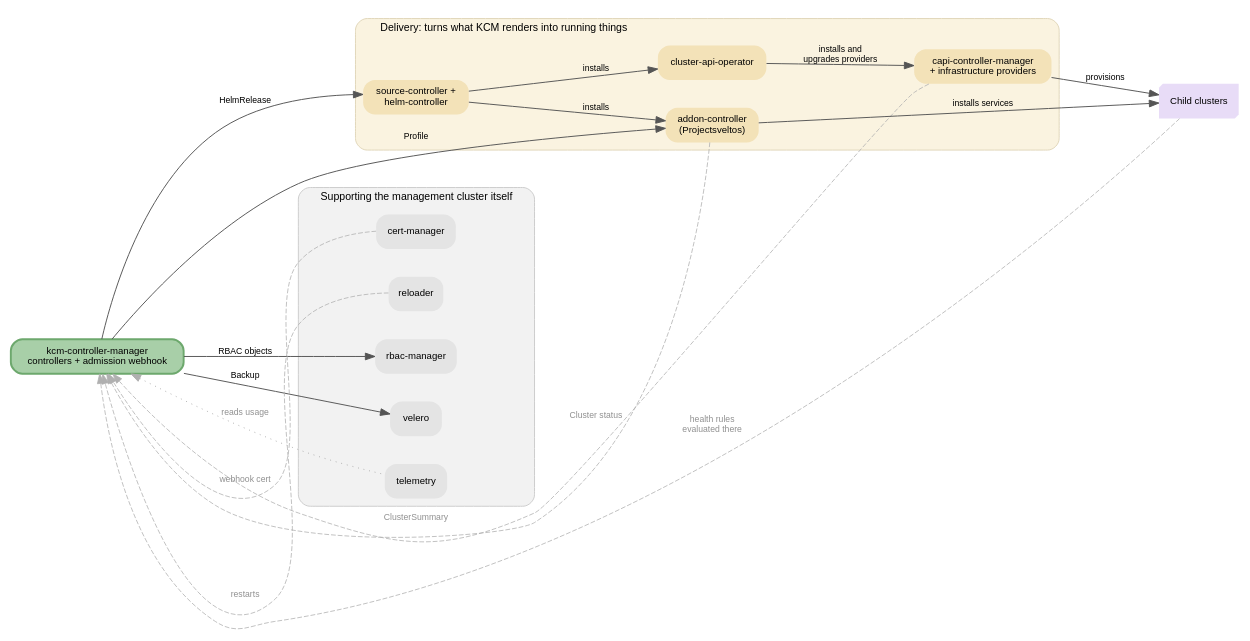
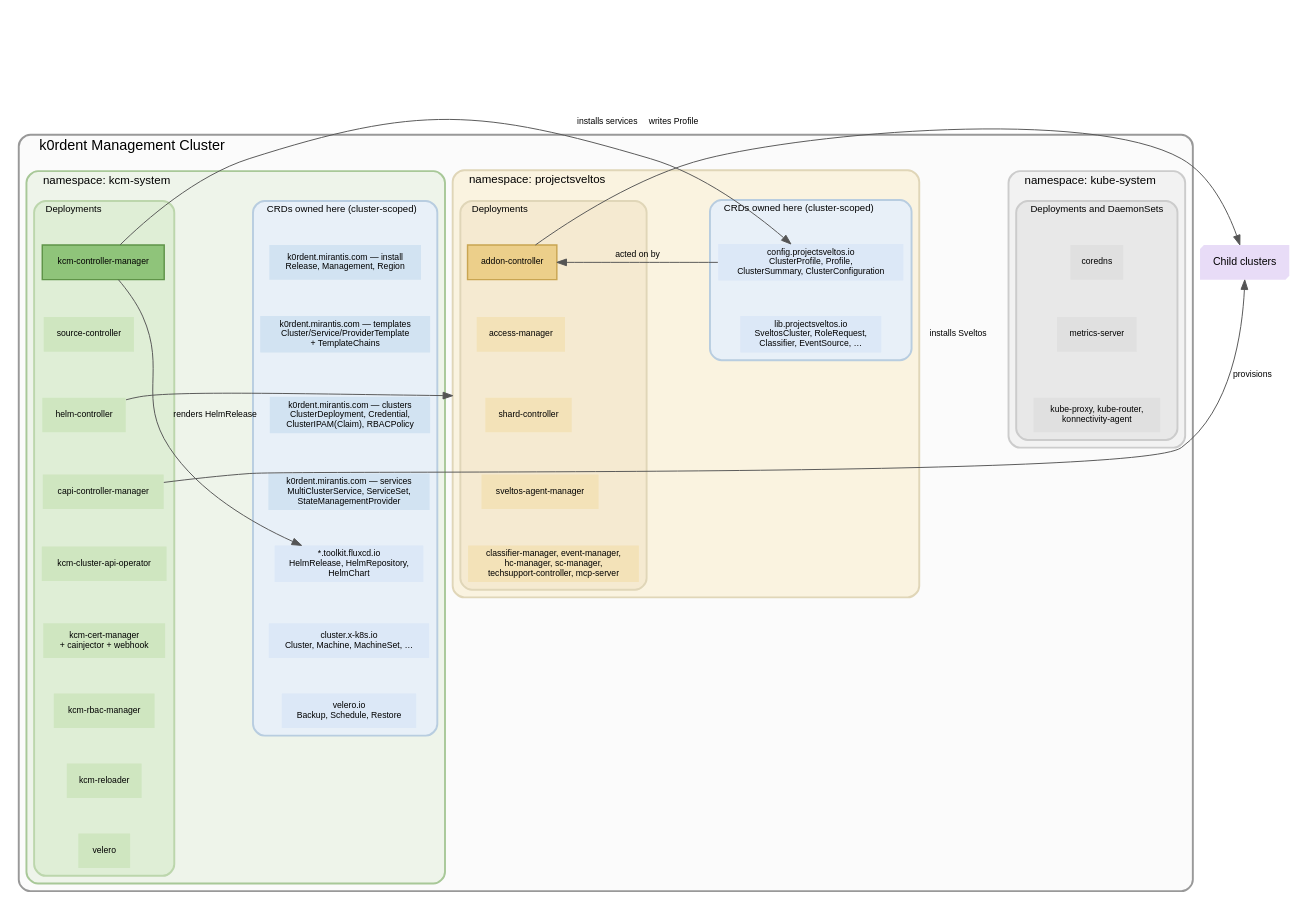
The diagram in docs/architecture.dot (josef-hak/kcm), drawn with Graphviz before and after one commit. The commit also changed 2 other files, not shown here.

Commit message:
docs: decompose the diagram by namespace
Cluster, then a box per namespace, then the workloads that run there next
to the CRDs they own. Taken from a live management cluster rather than
from the charts, so the deployment names are the real ones.

```diff
--- a/docs/architecture.dot
+++ b/docs/architecture.dot
@@ -1,66 +1,130 @@
-// Workloads in the management cluster and how they interact. Render with:
+// What runs in a k0rdent management cluster, by namespace. Render with:
 //   dot -Tsvg docs/architecture.dot -o docs/architecture.svg
 //
-// Grouped by what each does, not by who installed it: the delivery path runs
-// left to right, and the workloads that only support it sit underneath.
+// Each namespace box has two columns: the workloads that run there, and the
+// CRDs those workloads own. CRDs are cluster-scoped -- they are placed with
+// their owner, not inside a namespace.
 //
-// Solid edges are "acts on": A -> B means A writes objects B acts on.
-// Dashed edges are what comes back -- the status KCM waits on.
+// Only the edges that cross a namespace are drawn. Within a namespace almost
+// everything talks to everything, and drawing that would say nothing.
 
-digraph kcm {
-  rankdir=LR;
-  nodesep=0.4;
-  ranksep=0.9;
+digraph cluster_layout {
+  rankdir=TB;
+  compound=true;
   fontname="Helvetica";
-  node [fontname="Helvetica", fontsize=10, shape=box, style="rounded,filled", color="#00000000"];
+  graph [fontname="Helvetica"];
+  node [fontname="Helvetica", fontsize=9, shape=box, style="filled", color="#00000000", margin="0.12,0.06"];
   edge [fontname="Helvetica", fontsize=9, color="#555555"];
 
-  KCM [fillcolor="#a8cfa8", penwidth=2, color="#6da86d",
-       label="kcm-controller-manager\ncontrollers + admission webhook"];
+  subgraph cluster_mgmt {
+    label="k0rdent Management Cluster";
+    fontsize=15;
+    labeljust="l";
+    style="rounded,filled";
+    fillcolor="#fbfbfb";
+    color="#999999";
+    penwidth=2;
 
-  subgraph cluster_delivery {
-    label="Delivery: turns what KCM renders into running things";
-    labeljust="l"; fontsize=11;
-    style="rounded,filled"; fillcolor="#faf3e0"; color="#e0d6b8";
+    // ================= kcm-system =====================================
+    subgraph cluster_kubesystem {
+      label="namespace: kube-system";
+      fontsize=12; labeljust="l";
+      style="rounded,filled"; fillcolor="#f2f2f2"; color="#cccccc";
 
-    Flux    [fillcolor="#f3e2b8", label="source-controller +\nhelm-controller"];
-    CAPIOp  [fillcolor="#f3e2b8", label="cluster-api-operator"];
-    CAPI    [fillcolor="#f3e2b8", label="capi-controller-manager\n+ infrastructure providers"];
-    Sveltos [fillcolor="#f3e2b8", label="addon-controller\n(Projectsveltos)"];
+      subgraph cluster_ks_wl {
+        label="Deployments and DaemonSets";
+        fontsize=10; labeljust="l";
+        style="rounded,filled"; fillcolor="#e8e8e8"; color="#cccccc";
+
+        ks_dns   [fillcolor="#e0e0e0", label="coredns"];
+        ks_ms    [fillcolor="#e0e0e0", label="metrics-server"];
+        ks_net   [fillcolor="#e0e0e0", label="kube-proxy, kube-router,\nkonnectivity-agent"];
+      }
+    }
+
+    subgraph cluster_sveltos {
+      label="namespace: projectsveltos";
+      fontsize=12; labeljust="l";
+      style="rounded,filled"; fillcolor="#faf3e0"; color="#e0d6b8";
+
+      subgraph cluster_sv_crd {
+        label="CRDs owned here (cluster-scoped)";
+        fontsize=10; labeljust="l";
+        style="rounded,filled"; fillcolor="#e8f0f8"; color="#b8cde0";
+
+        crd_sv_cfg [fillcolor="#dce8f7", label="config.projectsveltos.io\nClusterProfile, Profile,\nClusterSummary, ClusterConfiguration"];
+        crd_sv_lib [fillcolor="#dce8f7", label="lib.projectsveltos.io\nSveltosCluster, RoleRequest,\nClassifier, EventSource, …"];
+      }
+
+      subgraph cluster_sv_wl {
+        label="Deployments";
+        fontsize=10; labeljust="l";
+        style="rounded,filled"; fillcolor="#f5ead1"; color="#e0d6b8";
+
+        sv_addon [fillcolor="#eccf8a", penwidth=1.5, color="#c9a552", label="addon-controller"];
+        sv_access[fillcolor="#f3e2b8", label="access-manager"];
+        sv_shard [fillcolor="#f3e2b8", label="shard-controller"];
+        sv_agent [fillcolor="#f3e2b8", label="sveltos-agent-manager"];
+        sv_rest  [fillcolor="#f3e2b8", label="classifier-manager, event-manager,\nhc-manager, sc-manager,\ntechsupport-controller, mcp-server"];
+      }
+    }
+
+    subgraph cluster_kcmsystem {
+      label="namespace: kcm-system";
+      fontsize=12; labeljust="l";
+      style="rounded,filled"; fillcolor="#eef4ea"; color="#a8c898";
+
+      subgraph cluster_kcm_crd {
+        label="CRDs owned here (cluster-scoped)";
+        fontsize=10; labeljust="l";
+        style="rounded,filled"; fillcolor="#e8f0f8"; color="#b8cde0";
+
+        crd_inst [fillcolor="#d2e3f2", label="k0rdent.mirantis.com — install\nRelease, Management, Region"];
+        crd_tpl  [fillcolor="#d2e3f2", label="k0rdent.mirantis.com — templates\nCluster/Service/ProviderTemplate\n+ TemplateChains"];
+        crd_cd   [fillcolor="#d2e3f2", label="k0rdent.mirantis.com — clusters\nClusterDeployment, Credential,\nClusterIPAM(Claim), RBACPolicy"];
+        crd_ksm  [fillcolor="#d2e3f2", label="k0rdent.mirantis.com — services\nMultiClusterService, ServiceSet,\nStateManagementProvider"];
+        crd_flux [fillcolor="#dce8f7", label="*.toolkit.fluxcd.io\nHelmRelease, HelmRepository,\nHelmChart"];
+        crd_capi [fillcolor="#dce8f7", label="cluster.x-k8s.io\nCluster, Machine, MachineSet, …"];
+        crd_vel  [fillcolor="#dce8f7", label="velero.io\nBackup, Schedule, Restore"];
+      }
+
+      subgraph cluster_kcm_wl {
+        label="Deployments";
+        fontsize=10; labeljust="l";
+        style="rounded,filled"; fillcolor="#dfeed6"; color="#bcd6ac";
+
+        kcm_mgr   [fillcolor="#8fc47a", penwidth=1.5, color="#5f9448", label="kcm-controller-manager"];
+        kcm_src   [fillcolor="#cfe6c0", label="source-controller"];
+        kcm_helm  [fillcolor="#cfe6c0", label="helm-controller"];
+        kcm_capi  [fillcolor="#cfe6c0", label="capi-controller-manager"];
+        kcm_capiop[fillcolor="#cfe6c0", label="kcm-cluster-api-operator"];
+        kcm_cert  [fillcolor="#cfe6c0", label="kcm-cert-manager\n+ cainjector + webhook"];
+        kcm_rbac  [fillcolor="#cfe6c0", label="kcm-rbac-manager"];
+        kcm_rel   [fillcolor="#cfe6c0", label="kcm-reloader"];
+        kcm_vel   [fillcolor="#cfe6c0", label="velero"];
+      }
+    }
   }
 
-  subgraph cluster_support {
-    label="Supporting the management cluster itself";
-    labeljust="l"; fontsize=11;
-    style="rounded,filled"; fillcolor="#f2f2f2"; color="#cccccc";
+  Child [fillcolor="#e8dcf7", style="filled", shape=box3d, fontsize=11, label="Child clusters"];
 
-    CertMgr  [fillcolor="#e4e4e4", label="cert-manager"];
-    Reloader [fillcolor="#e4e4e4", label="reloader"];
-    RBACMgr  [fillcolor="#e4e4e4", label="rbac-manager"];
-    Velero   [fillcolor="#e4e4e4", label="velero"];
-    Telemetry[fillcolor="#e4e4e4", label="telemetry"];
-  }
 
-  Child [fillcolor="#e8dcf7", shape=box3d, label="Child clusters"];
+  // Invisible chains: without them the members of a column land on one rank and
+  // the "columns" come out as rows.
+  edge [style=invis, weight=10];
+  kcm_mgr -> kcm_src -> kcm_helm -> kcm_capi -> kcm_capiop -> kcm_cert -> kcm_rbac -> kcm_rel -> kcm_vel;
+  crd_inst -> crd_tpl -> crd_cd -> crd_ksm -> crd_flux -> crd_capi -> crd_vel;
+  sv_addon -> sv_access -> sv_shard -> sv_agent -> sv_rest;
+  crd_sv_cfg -> crd_sv_lib;
+  ks_dns -> ks_ms -> ks_net;
+  edge [style=solid, weight=1];
 
-  // the delivery path
-  KCM  -> Flux    [label="HelmRelease"];
-  Flux -> CAPIOp  [label="installs"];
-  Flux -> Sveltos [label="installs"];
-  CAPIOp -> CAPI  [label="installs and\nupgrades providers"];
-  KCM  -> Sveltos [label="Profile"];
-  CAPI -> Child   [label="provisions"];
-  Sveltos -> Child[label="installs services"];
 
-  // what comes back
-  CAPI    -> KCM [style=dashed, constraint=false, color="#b0b0b0", fontcolor="#909090", penwidth=0.8, label="Cluster status"];
-  Sveltos -> KCM [style=dashed, constraint=false, color="#b0b0b0", fontcolor="#909090", penwidth=0.8, label="ClusterSummary"];
-  Child   -> KCM [style=dashed, constraint=false, color="#b0b0b0", fontcolor="#909090", penwidth=0.8, label="health rules\nevaluated there"];
-
-  // supporting workloads
-  KCM -> Velero   [label="Backup"];
-  KCM -> RBACMgr  [label="RBAC objects"];
-  CertMgr  -> KCM [style=dashed, constraint=false, color="#b0b0b0", fontcolor="#909090", penwidth=0.8, label="webhook cert"];
-  Reloader -> KCM [style=dashed, constraint=false, color="#b0b0b0", fontcolor="#909090", penwidth=0.8, label="restarts"];
-  KCM -> Telemetry[style=dotted, dir=back, color="#b0b0b0", fontcolor="#909090", label="reads usage"];
+  // ---- only what crosses a namespace ------------------------------------
+  kcm_mgr -> crd_flux  [constraint=false, label="renders HelmRelease"];
+  kcm_helm -> sv_addon [constraint=false, lhead=cluster_sveltos, label="installs Sveltos"];
+  kcm_mgr -> crd_sv_cfg [constraint=false, label="writes Profile"];
+  crd_sv_cfg -> sv_addon [constraint=false, label="acted on by"];
+  sv_addon -> Child [constraint=false, label="installs services"];
+  kcm_capi -> Child [constraint=false, label="provisions"];
 }
```
